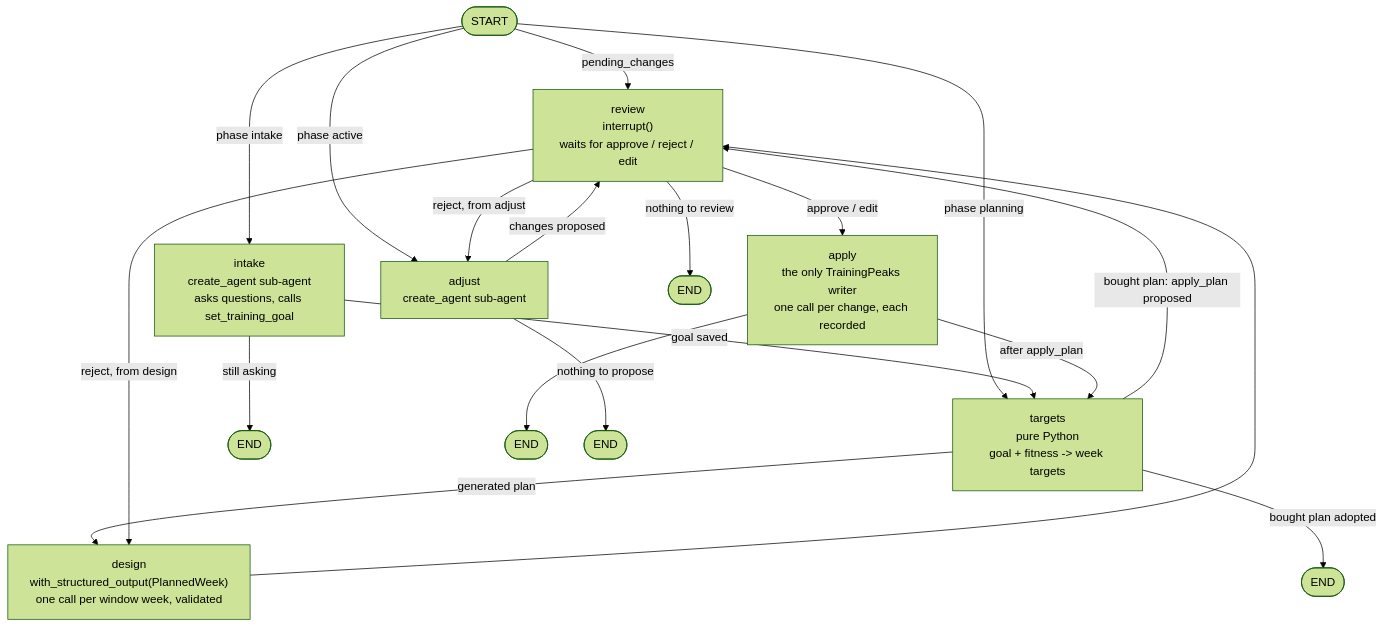
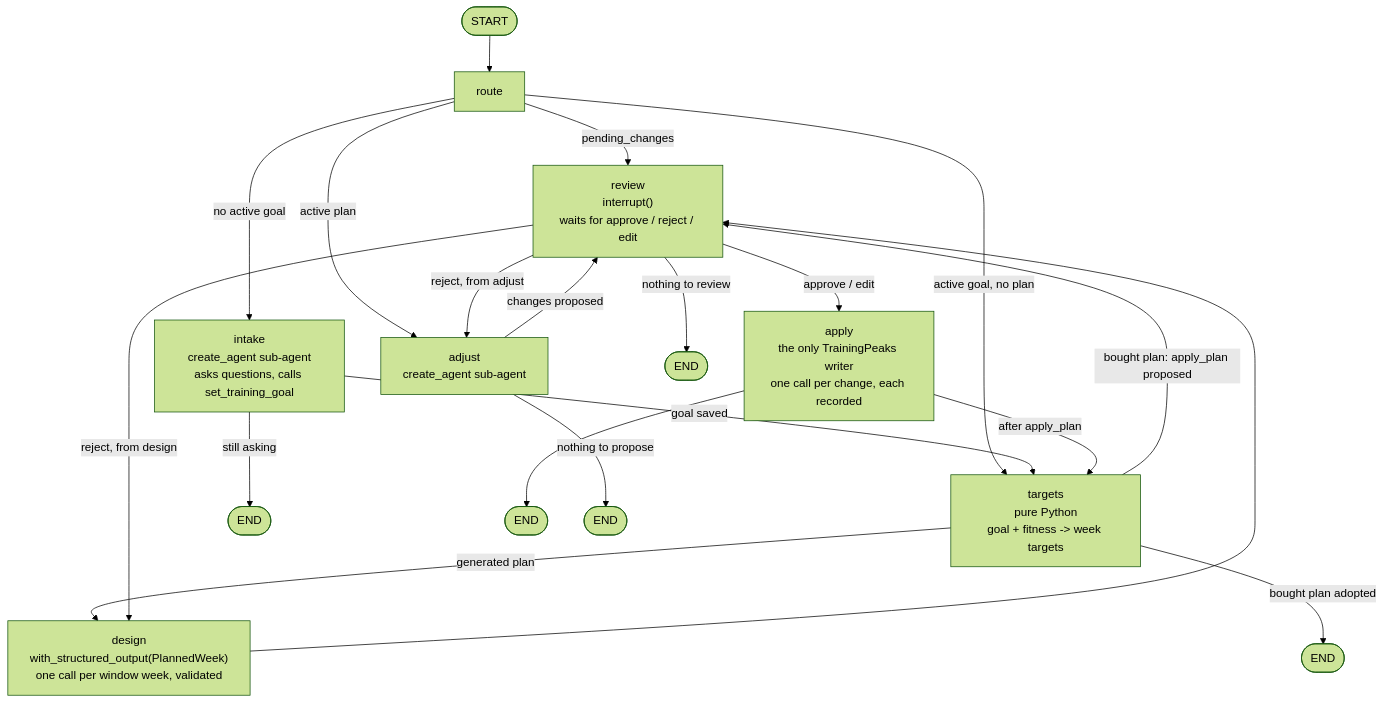
Before and after one commit to paradigmbrian/triathlon-agent: the diagram in packages/tri-planning/README.md, drawn with Mermaid (forest theme). The commit also changed other lines of this file and 5 other files, not shown here.

First line of the commit message:
docs(coach): plan 1 READMEs; route node, embedded mode, ToolsCaller, directed prompts

````diff
--- a/packages/tri-planning/README.md
+++ b/packages/tri-planning/README.md
@@ -16,29 +16,30 @@
 ```mermaid
 flowchart TD
-    START([START]) -->|pending_changes| review
-    START -->|phase intake| intake
-    START -->|phase planning| targets
-    START -->|phase active| adjust
+    START([START]) --> route
+    route -->|pending_changes| review
+    route -->|no active goal| intake
+    route -->|active goal, no plan| targets
+    route -->|active plan| adjust
 
     intake["intake\ncreate_agent sub-agent\nasks questions, calls set_training_goal"]
     targets["targets\npure Python\ngoal + fitness -> week targets"]
     design["design\nwith_structured_output(PlannedWeek)\none call per window week, validated"]
     review["review\ninterrupt()\nwaits for approve / reject / edit"]
     apply["apply\nthe only TrainingPeaks writer\none call per change, each recorded"]
     adjust["adjust\ncreate_agent sub-agent"]
 
     intake -->|goal saved| targets
     intake -->|still asking| END1([END])
     targets -->|bought plan: apply_plan proposed| review
     targets -->|generated plan| design
     targets -->|bought plan adopted| END2([END])
     design --> review
     review -->|approve / edit| apply
     review -->|reject, from design| design
     review -->|reject, from adjust| adjust
     review -->|nothing to review| END3([END])
     apply -->|after apply_plan| targets
     apply --> END4([END])
     adjust -->|changes proposed| review
     adjust -->|nothing to propose| END5([END])
 ```
````
